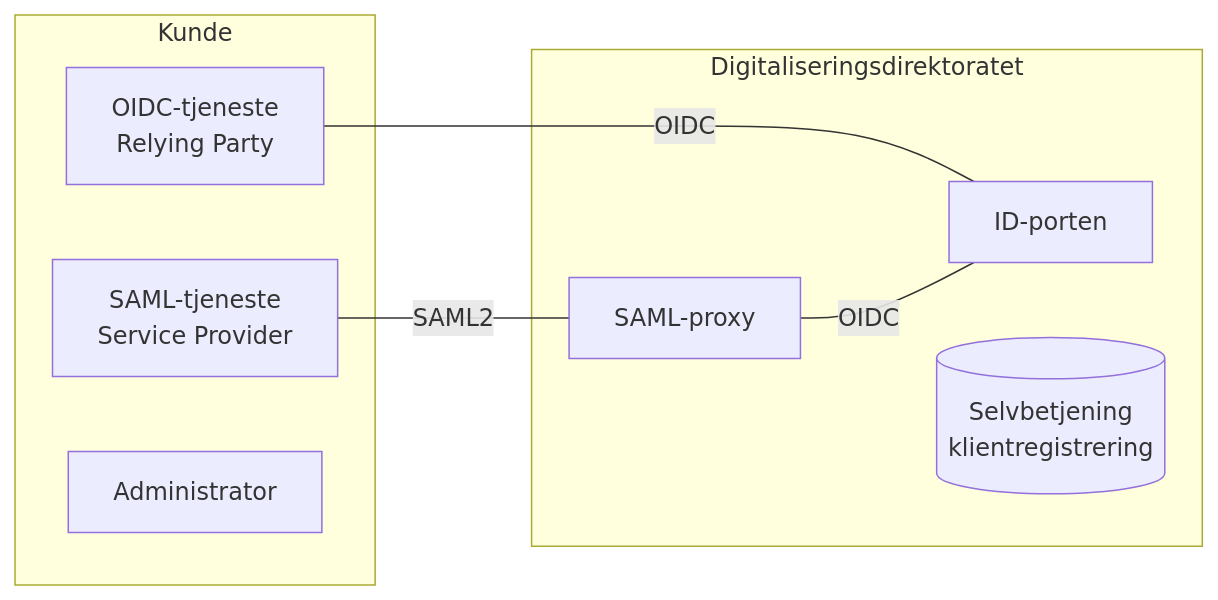
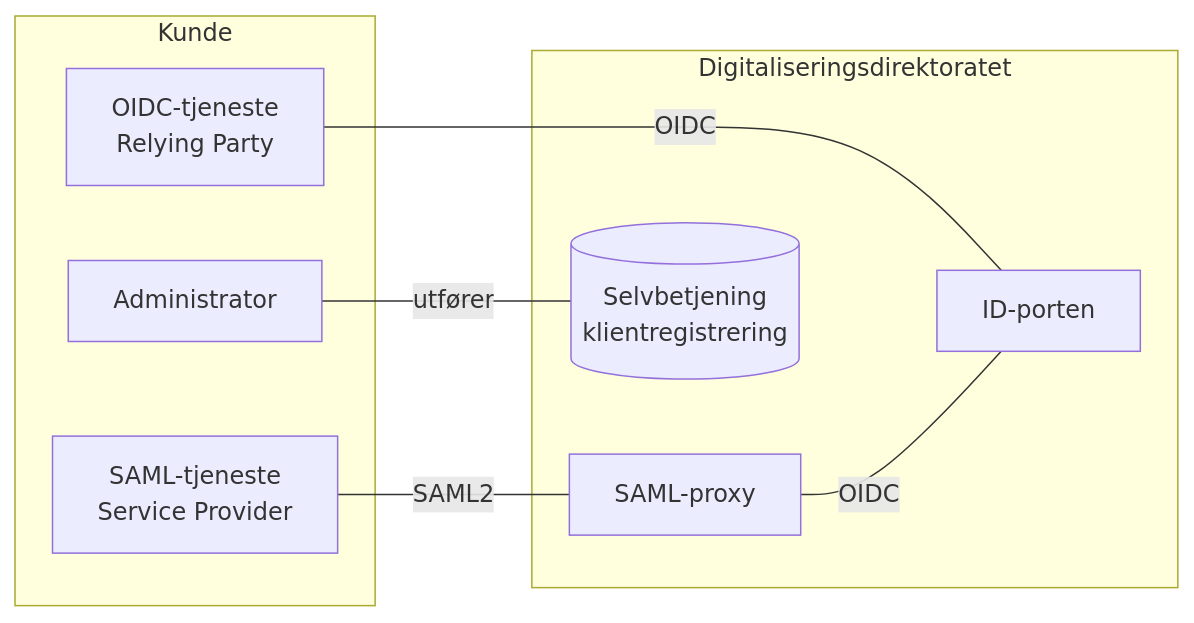
One commit to felleslosninger/docs changed the diagram in _docs/idporten/idporten/idporten_overordnet.md. Above: the diagram before and after it, drawn with Mermaid.

```diff
--- a/_docs/idporten/idporten/idporten_overordnet.md
+++ b/_docs/idporten/idporten/idporten_overordnet.md
@@ -26,17 +26,17 @@
 <div class="mermaid">
 graph LR
   subgraph Digitaliseringsdirektoratet
     IDP[ID-porten]
     SAML[SAML-proxy]
     SADM[(Selvbetjening <br/>klientregistrering)]
   end
   subgraph Kunde
      SP[SAML-tjeneste <br/>Service Provider]
      RP[OIDC-tjeneste <br/>Relying Party]
      ADM[Administrator]
   end
   RP-- OIDC ---IDP
   SP-- SAML2 ---SAML
   SAML-- OIDC ---IDP
-
+  ADM-- utfører ---SADM
 </div>
```
